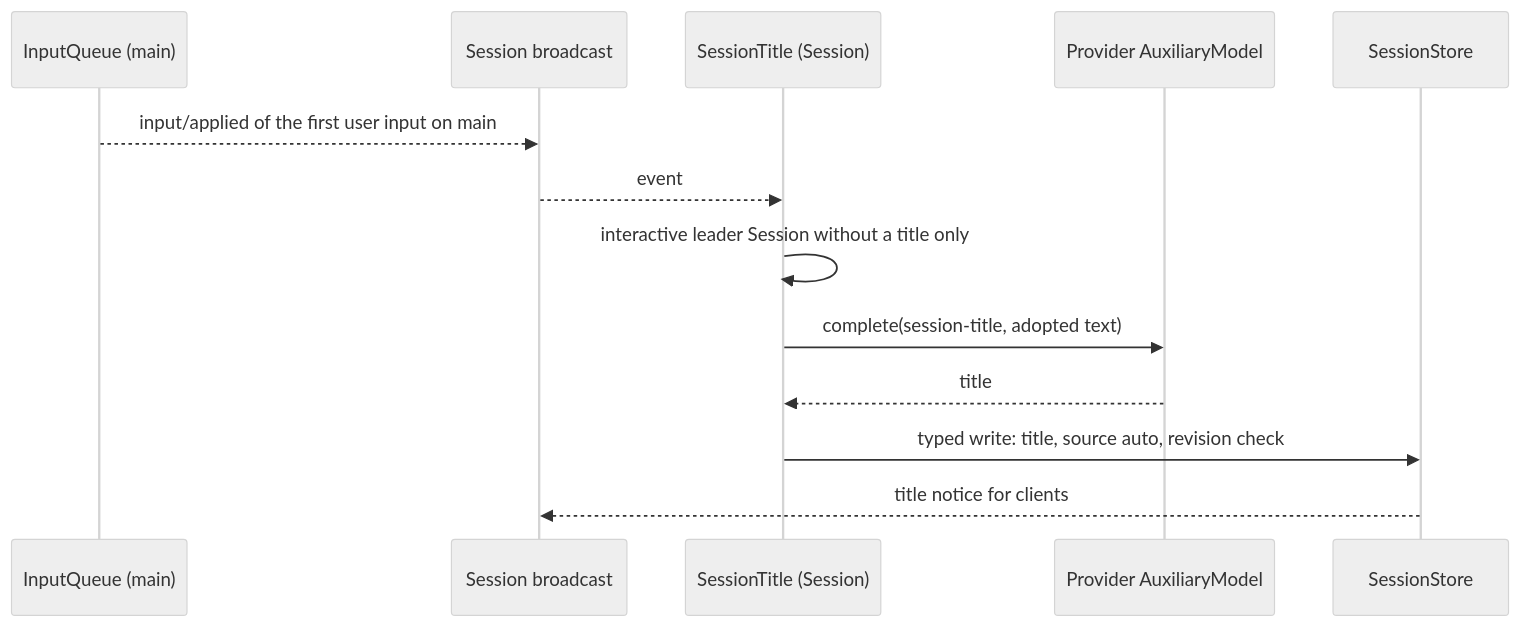
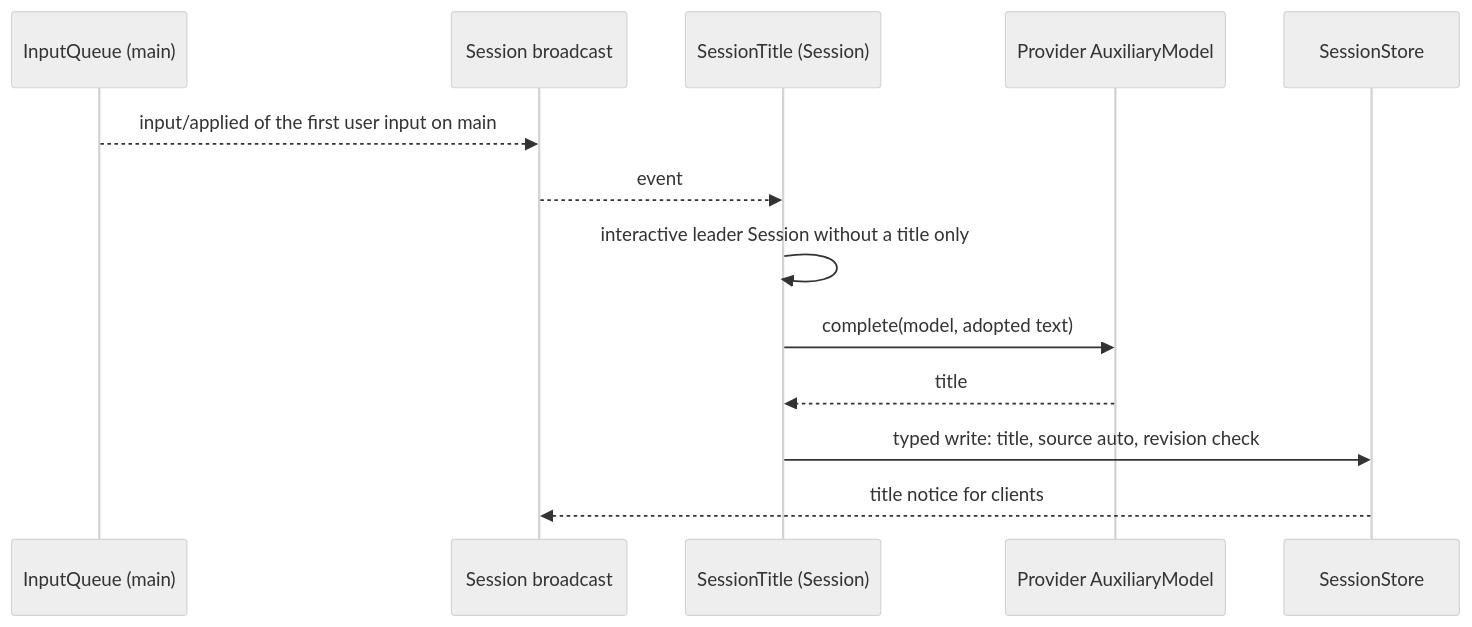
One commit to CoutinhoTTS/dim-agent changed the fifth of 8 diagrams in docs/design/overview.md. Above: the diagram before and after it, drawn with Mermaid (neutral theme). The commit also changed other lines of this file and 14 other files, not shown here.

````diff
--- a/docs/design/overview.md
+++ b/docs/design/overview.md
@@ -234,15 +234,15 @@
 ```mermaid
 sequenceDiagram
   participant IQ as InputQueue (main)
   participant BC as Session broadcast
   participant ST as SessionTitle (Session)
   participant PR as Provider AuxiliaryModel
   participant SS as SessionStore
   IQ-->>BC: input/applied of the first user input on main
   BC-->>ST: event
   ST->>ST: interactive leader Session without a title only
-  ST->>PR: complete(session-title, adopted text)
+  ST->>PR: complete(model, adopted text)
   PR-->>ST: title
   ST->>SS: typed write: title, source auto, revision check
   SS-->>BC: title notice for clients
 ```
````
